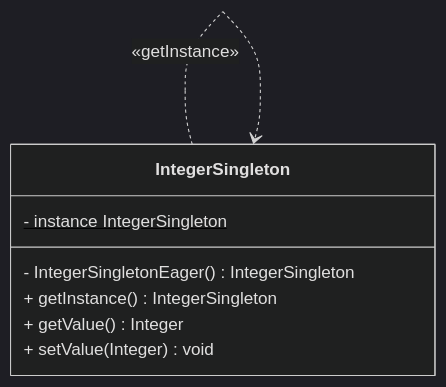
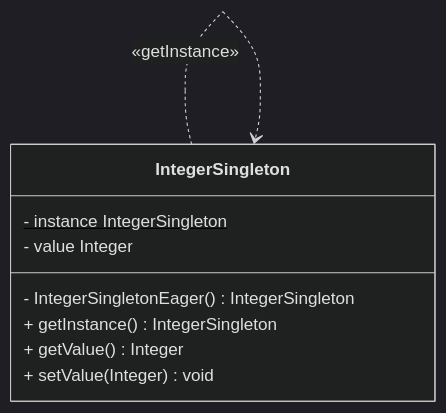
The diagram in doc/Singleton.md (fleefie/design-patterns), drawn with Mermaid (dark theme) before and after one commit.

````diff
--- a/doc/Singleton.md
+++ b/doc/Singleton.md
@@ -40,14 +40,15 @@
 ```mermaid
 classDiagram
 direction BT
 class IntegerSingleton {
-  - instance IntegerSingleton$  
+  - instance IntegerSingleton$
+  - value Integer
   - IntegerSingletonEager() IntegerSingleton
   + getInstance() IntegerSingleton
   + getValue() Integer
   + setValue(Integer) void
 }
 
 
 IntegerSingleton  ..>  IntegerSingleton : «getInstance»
 ```
````
